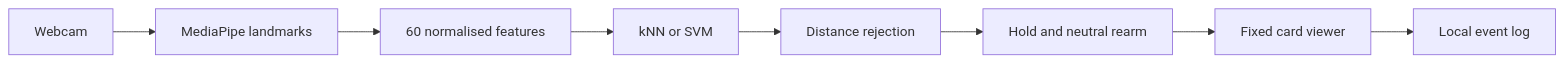
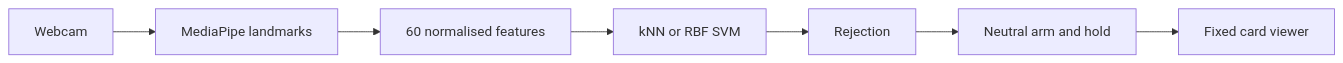
The diagram in README.md (Chi944/GestureForge), drawn with Mermaid before and after one commit. The commit also changed other lines of this file and 58 other files, not shown here.

````diff
--- a/README.md
+++ b/README.md
@@ -104,10 +59,9 @@
 ```mermaid
 flowchart LR
     A[Webcam] --> B[MediaPipe landmarks]
     B --> C[60 normalised features]
-    C --> D[kNN or SVM]
-    D --> E[Distance rejection]
-    E --> F[Hold and neutral rearm]
+    C --> D[kNN or RBF SVM]
+    D --> E[Rejection]
+    E --> F[Neutral arm and hold]
     F --> G[Fixed card viewer]
-    G --> H[Local event log]
 ```
````
